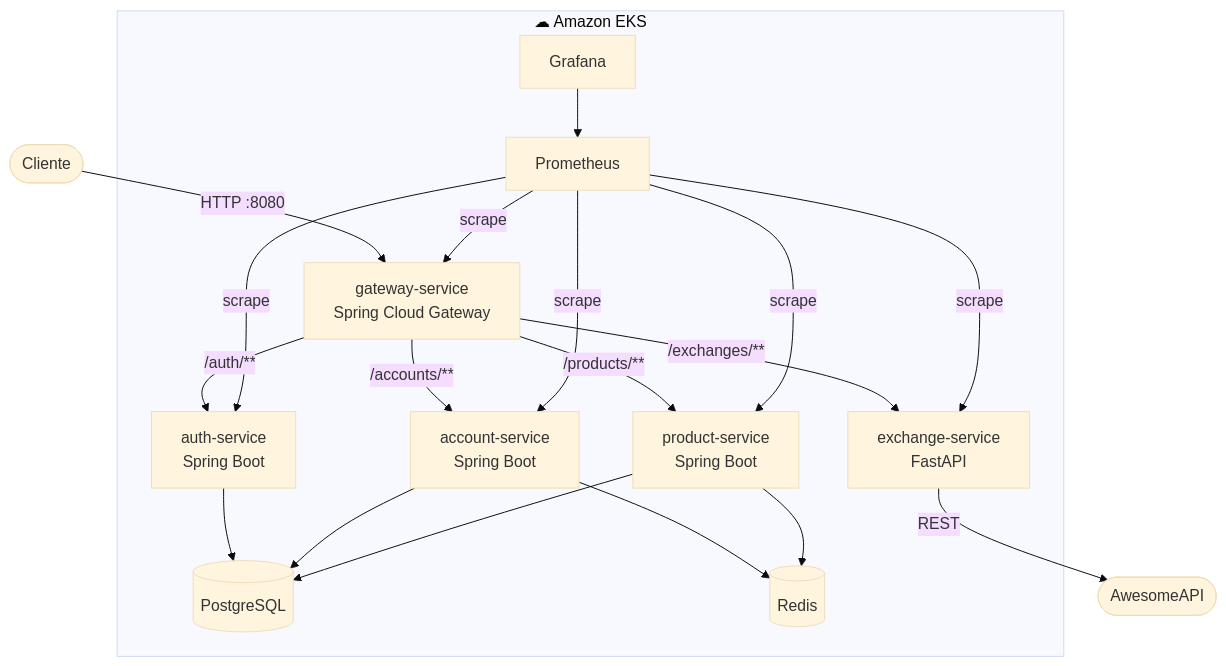
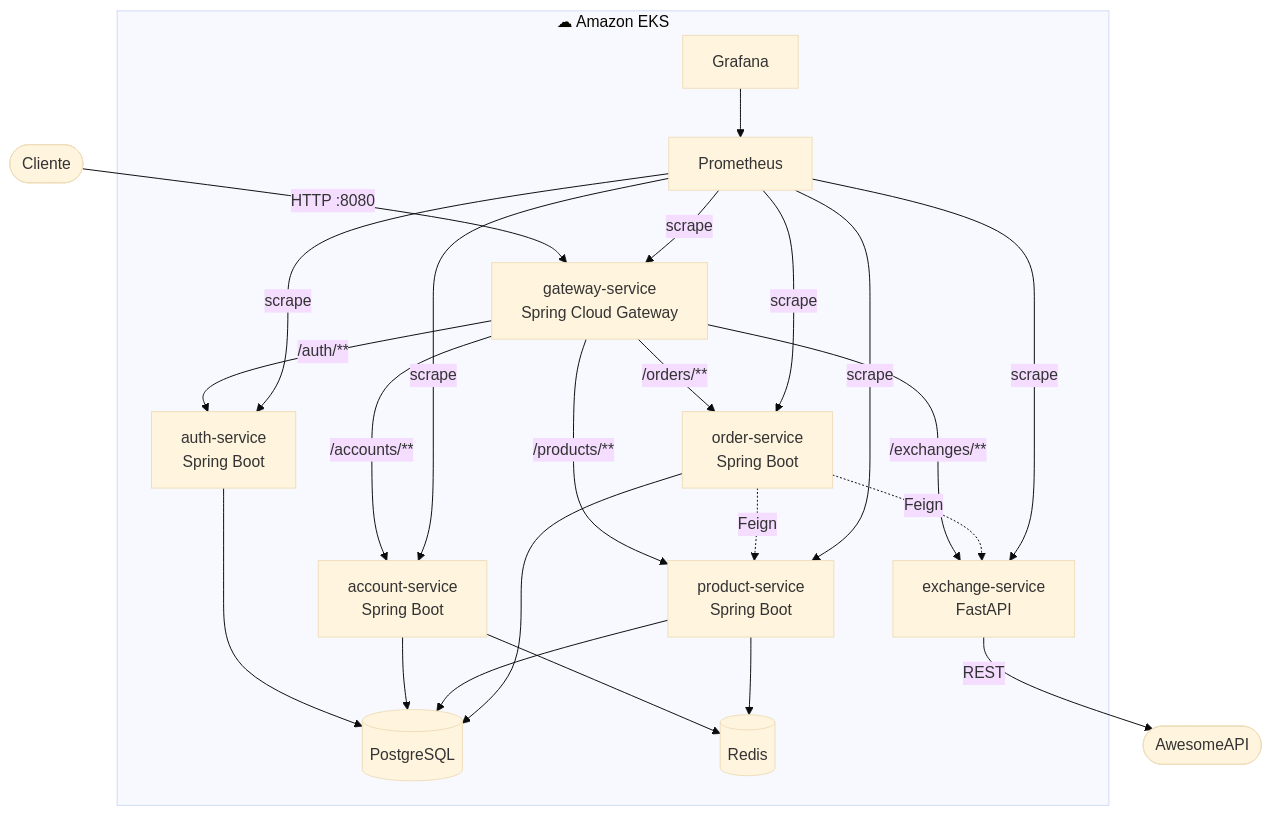
One commit to Plataformas-Micro/plataforma changed the diagram in docs/docs/index.md. Above: the diagram before and after it, drawn with Mermaid (base theme). The commit also changed other lines of this file and 3 other files, not shown here.

````diff
--- a/docs/docs/index.md
+++ b/docs/docs/index.md
@@ -23,30 +23,35 @@
 ```mermaid
 flowchart TD
     Client([Cliente])
 
     Client -->|HTTP :8080| GW
 
     subgraph K8s["☁ Amazon EKS"]
         GW[gateway-service\nSpring Cloud Gateway]
 
         GW -->|/auth/**| AUTH[auth-service\nSpring Boot]
         GW -->|/accounts/**| ACC[account-service\nSpring Boot]
         GW -->|/products/**| PROD[product-service\nSpring Boot]
         GW -->|/exchanges/**| EX[exchange-service\nFastAPI]
+        GW -->|/orders/**| ORD[order-service\nSpring Boot]
 
         AUTH --> DB[(PostgreSQL)]
         ACC  --> DB
         PROD --> DB
+        ORD  --> DB
         ACC  --> REDIS[(Redis)]
         PROD --> REDIS
+        ORD  -.->|Feign| PROD
+        ORD  -.->|Feign| EX
 
         PROM[Prometheus] -->|scrape| GW
         PROM -->|scrape| AUTH
         PROM -->|scrape| ACC
         PROM -->|scrape| PROD
         PROM -->|scrape| EX
+        PROM -->|scrape| ORD
         GRAF[Grafana] --> PROM
     end
 
     EX -->|REST| AWESOMEAPI([AwesomeAPI])
 ```
````
